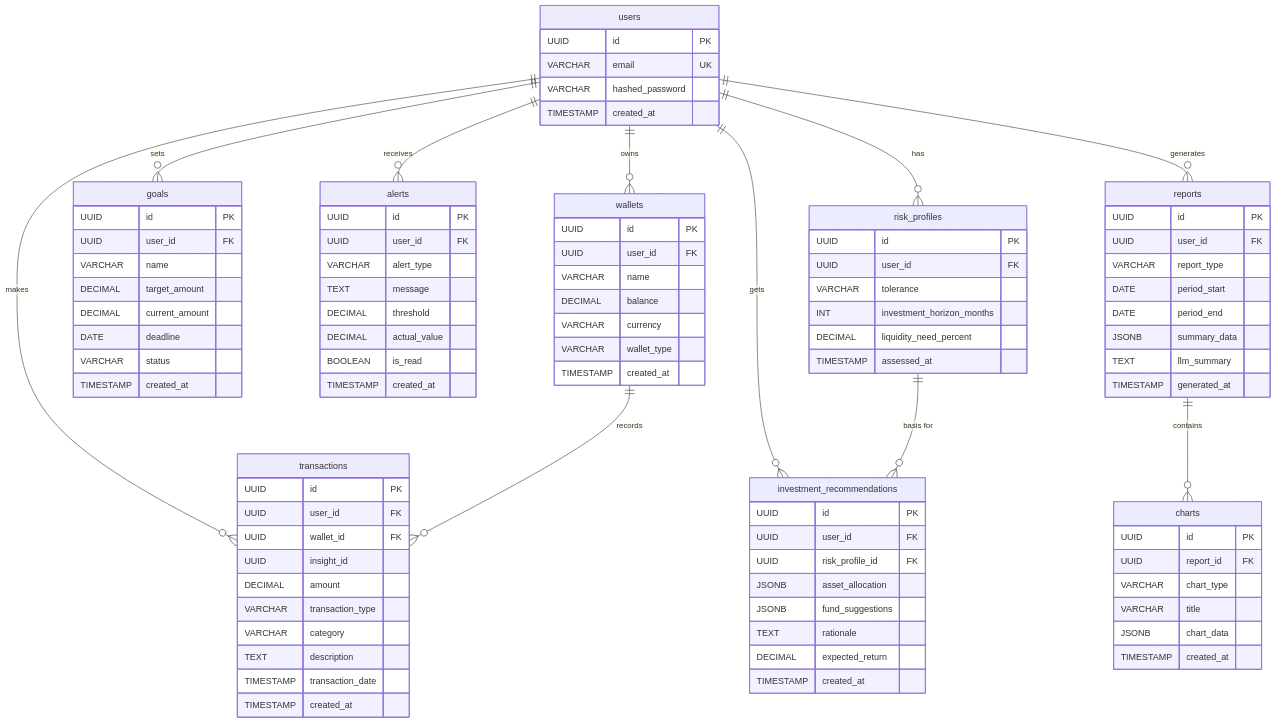
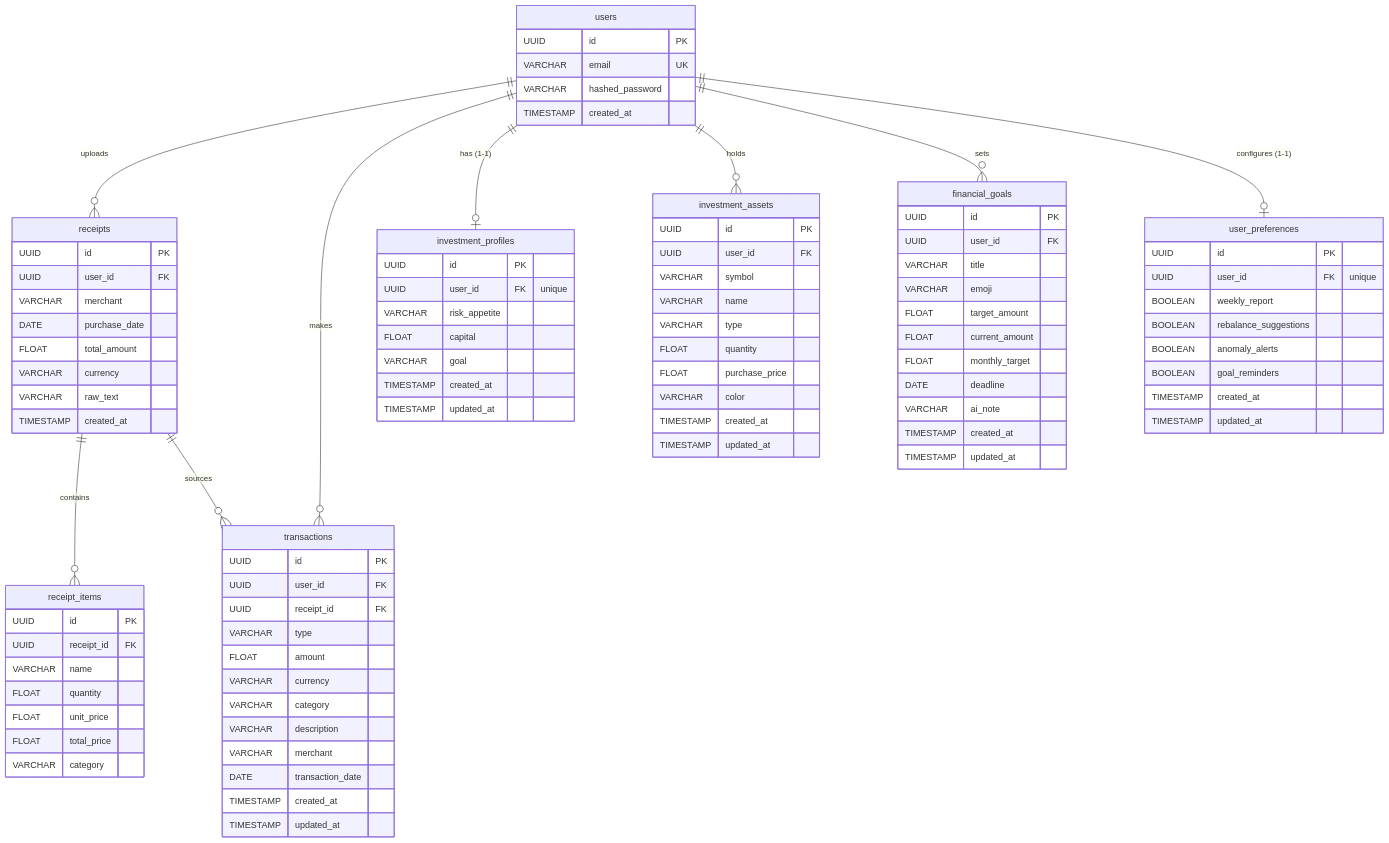
Diagram 14 of 14 in docs/SAD.md (quanpro147/Spend-Sense-AI), drawn with Mermaid before and after one commit. The commit also changed other lines of this file, not shown here.

````diff
--- a/docs/SAD.md
+++ b/docs/SAD.md
@@ -901,99 +1053,96 @@
         TIMESTAMP created_at
     }
 
-    wallets {
+    receipts {
         UUID id PK
         UUID user_id FK
+        VARCHAR merchant
+        DATE purchase_date
+        FLOAT total_amount
+        VARCHAR currency
+        VARCHAR raw_text
+        TIMESTAMP created_at
+    }
+
+    receipt_items {
+        UUID id PK
+        UUID receipt_id FK
         VARCHAR name
-        DECIMAL balance
-        VARCHAR currency
-        VARCHAR wallet_type
-        TIMESTAMP created_at
+        FLOAT quantity
+        FLOAT unit_price
+        FLOAT total_price
+        VARCHAR category
     }
 
     transactions {
         UUID id PK
         UUID user_id FK
-        UUID wallet_id FK
-        UUID insight_id
-        DECIMAL amount
-        VARCHAR transaction_type
+        UUID receipt_id FK
+        VARCHAR type
+        FLOAT amount
+        VARCHAR currency
         VARCHAR category
-        TEXT description
-        TIMESTAMP transaction_date
+        VARCHAR description
+        VARCHAR merchant
+        DATE transaction_date
         TIMESTAMP created_at
+        TIMESTAMP updated_at
     }
 
-    goals {
+    investment_profiles {
+        UUID id PK
+        UUID user_id FK "unique"
+        VARCHAR risk_appetite
+        FLOAT capital
+        VARCHAR goal
+        TIMESTAMP created_at
+        TIMESTAMP updated_at
+    }
+
+    investment_assets {
         UUID id PK
         UUID user_id FK
+        VARCHAR symbol
         VARCHAR name
-        DECIMAL target_amount
-        DECIMAL current_amount
-        DATE deadline
-        VARCHAR status
+        VARCHAR type
+        FLOAT quantity
+        FLOAT purchase_price
+        VARCHAR color
         TIMESTAMP created_at
+        TIMESTAMP updated_at
     }
 
-    alerts {
+    financial_goals {
         UUID id PK
         UUID user_id FK
-        VARCHAR alert_type
-        TEXT message
-        DECIMAL threshold
-        DECIMAL actual_value
-        BOOLEAN is_read
+        VARCHAR title
+        VARCHAR emoji
+        FLOAT target_amount
+        FLOAT current_amount
+        FLOAT monthly_target
+        DATE deadline
+        VARCHAR ai_note
         TIMESTAMP created_at
+        TIMESTAMP updated_at
     }
 
-    risk_profiles {
+    user_preferences {
         UUID id PK
-        UUID user_id FK
-        VARCHAR tolerance
-        INT investment_horizon_months
-        DECIMAL liquidity_need_percent
-        TIMESTAMP assessed_at
+        UUID user_id FK "unique"
+        BOOLEAN weekly_report
+        BOOLEAN rebalance_suggestions
+        BOOLEAN anomaly_alerts
+        BOOLEAN goal_reminders
+        TIMESTAMP created_at
+        TIMESTAMP updated_at
     }
 
-    investment_recommendations {
-        UUID id PK
-        UUID user_id FK
-        UUID risk_profile_id FK
-        JSONB asset_allocation
-        JSONB fund_suggestions
-        TEXT rationale
-        DECIMAL expected_return
-        TIMESTAMP created_at
-    }
-
-    reports {
-        UUID id PK
-        UUID user_id FK
-        VARCHAR report_type
-        DATE period_start
-        DATE period_end
-        JSONB summary_data
-        TEXT llm_summary
-        TIMESTAMP generated_at
-    }
-
-    charts {
-        UUID id PK
-        UUID report_id FK
-        VARCHAR chart_type
-        VARCHAR title
-        JSONB chart_data
-        TIMESTAMP created_at
-    }
-
-    users ||--o{ wallets : "owns"
+    users ||--o{ receipts : "uploads"
     users ||--o{ transactions : "makes"
-    users ||--o{ goals : "sets"
-    users ||--o{ alerts : "receives"
-    users ||--o{ risk_profiles : "has"
-    users ||--o{ investment_recommendations : "gets"
-    users ||--o{ reports : "generates"
-    wallets ||--o{ transactions : "records"
-    risk_profiles ||--o{ investment_recommendations : "basis for"
-    reports ||--o{ charts : "contains"
+    users ||--o| investment_profiles : "has (1-1)"
+    users ||--o{ investment_assets : "holds"
+    users ||--o{ financial_goals : "sets"
+    users ||--o| user_preferences : "configures (1-1)"
+    receipts ||--o{ receipt_items : "contains"
+    receipts ||--o{ transactions : "sources"
 ```
````
